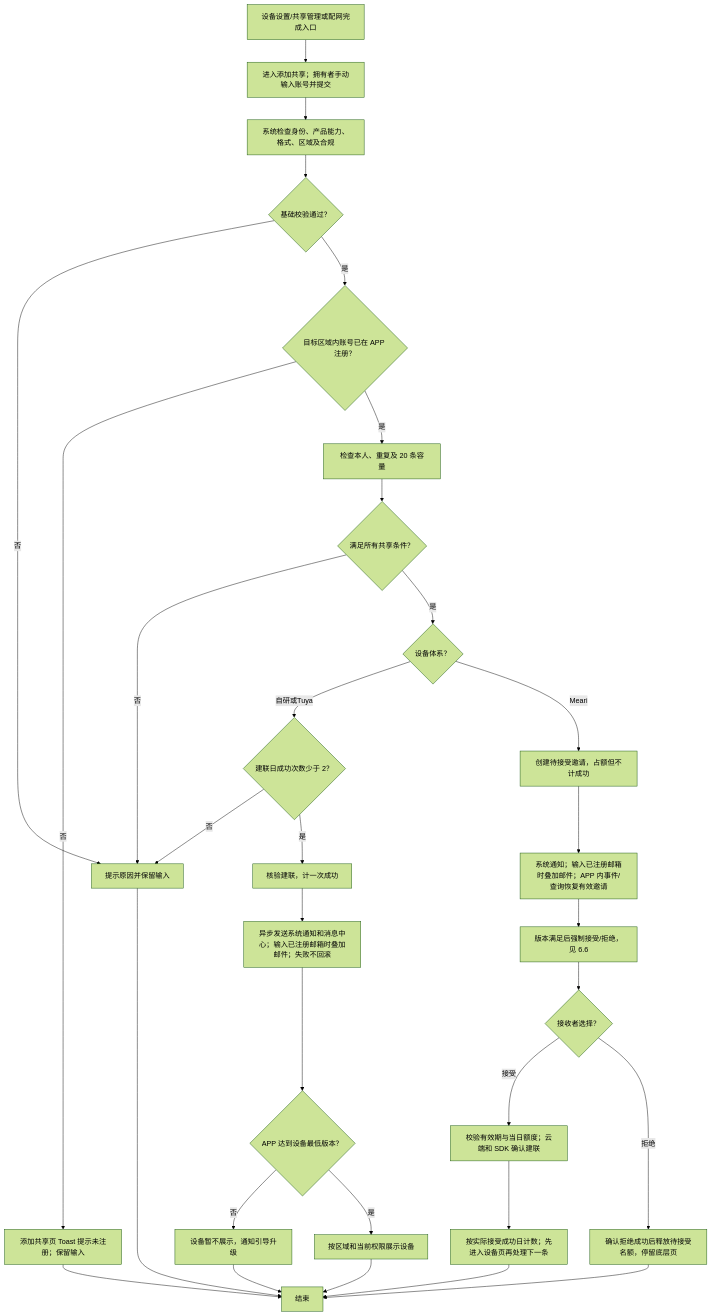
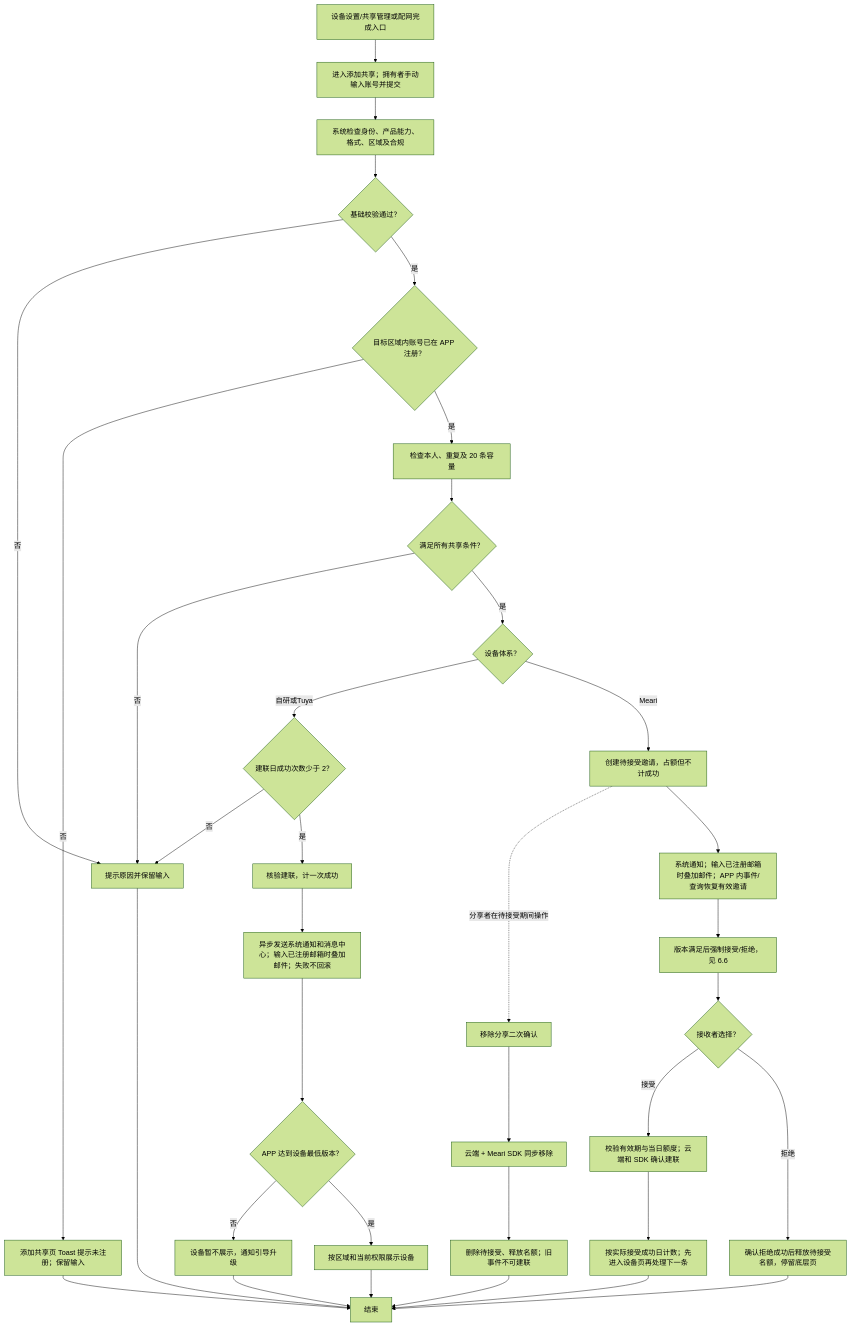
Before and after one commit to HawZZ/root-interactivable-prototype: the second of 2 diagrams in prototypes/device-sharing-phase-2/prd.md, drawn with Mermaid (forest theme). The commit also changed other lines of this file and 5 other files, not shown here.

Commit message:
Update Meari pending invitation removal flow

````diff
--- a/prototypes/device-sharing-phase-2/prd.md
+++ b/prototypes/device-sharing-phase-2/prd.md
@@ -117,33 +122,37 @@
 ```mermaid
 flowchart TD
   A["设备设置/共享管理或配网完成入口"] --> B["进入添加共享；拥有者手动输入账号并提交"]
   B --> C["系统检查身份、产品能力、格式、区域及合规"]
   C --> D{"基础校验通过？"}
   D -- 否 --> X["提示原因并保留输入"]
   D -- 是 --> E{"目标区域内账号已在 APP 注册？"}
   E -- 否 --> F["添加共享页 Toast 提示未注册；保留输入"]
   E -- 是 --> G["检查本人、重复及 20 条容量"]
   G --> H{"满足所有共享条件？"}
   H -- 否 --> X
   H -- 是 --> V{"设备体系？"}
   V -- 自研或Tuya --> DQ{"建联日成功次数少于 2？"}
   DQ -- 否 --> X
   DQ -- 是 --> I["核验建联，计一次成功"]
   V -- Meari --> P["创建待接受邀请，占额但不计成功"]
+  P -. "分享者在待接受期间操作" .-> PR["移除分享二次确认"]
+  PR --> PS["云端 + Meari SDK 同步移除"]
+  PS --> PX["删除待接受、释放名额；旧事件不可建联"]
+  PX --> Z
   P --> Q["系统通知；输入已注册邮箱时叠加邮件；APP 内事件/查询恢复有效邀请"]
   Q --> R["版本满足后强制接受/拒绝，见 6.6"]
   R --> T{"接收者选择？"}
   T -- 接受 --> U["校验有效期与当日额度；云端和 SDK 确认建联"]
   U --> N["按实际接受成功日计数；先进入设备页再处理下一条"]
   N --> Z
   T -- 拒绝 --> W["确认拒绝成功后释放待接受名额，停留底层页"]
   W --> Z
   I --> J["异步发送系统通知和消息中心；输入已注册邮箱时叠加邮件；失败不回滚"]
   J --> K{"APP 达到设备最低版本？"}
   K -- 否 --> L["设备暂不展示，通知引导升级"]
   K -- 是 --> M["按区域和当前权限展示设备"]
   L --> Z["结束"]
   M --> Z
   X --> Z
   F --> Z
 ```
````
